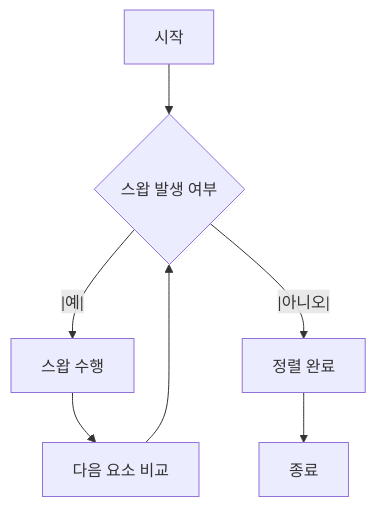
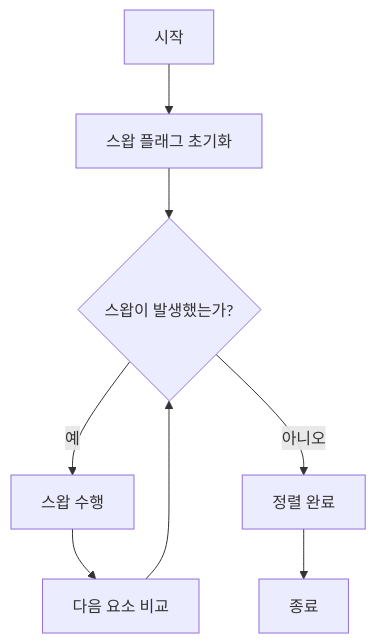
The tenth of 11 diagrams in content/post/2024/2024-08-26-bubble-sort/index.md (42jerrykim/42jerrykim.github.io), drawn with Mermaid before and after one commit. The commit also changed other lines of this file and 239 other files, not shown here.

````diff
--- a/content/post/2024/2024-08-26-bubble-sort/index.md
+++ b/content/post/2024/2024-08-26-bubble-sort/index.md
@@ -630,9 +505,10 @@
 ```mermaid
-graph TD;
-    A[시작] --> B{스왑 발생 여부}
-    B --|예|--> C[스왑 수행]
-    B --|아니오|--> D[정렬 완료]
-    C --> E[다음 요소 비교]
-    E --> B
-    D --> F[종료]
+flowchart TD
+    StartOpt["시작"] --> InitSwap["스왑 플래그 초기화"]
+    InitSwap --> CheckSwap{"스왑이 발생했는가?"}
+    CheckSwap -->|"예"| DoSwap["스왑 수행"]
+    CheckSwap -->|"아니오"| FinishOpt["정렬 완료"]
+    DoSwap --> NextCompare["다음 요소 비교"]
+    NextCompare --> CheckSwap
+    FinishOpt --> EndOpt["종료"]
 ```
````
